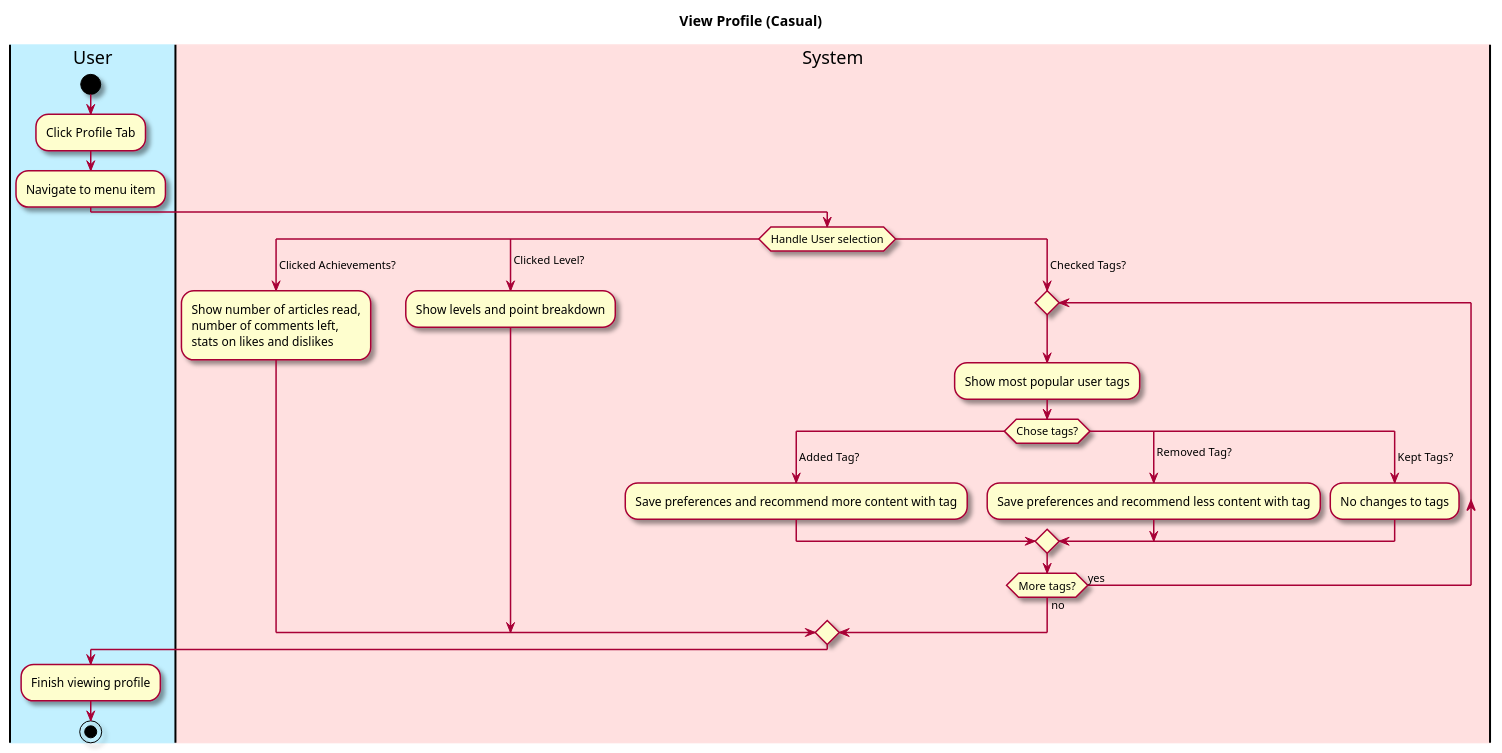
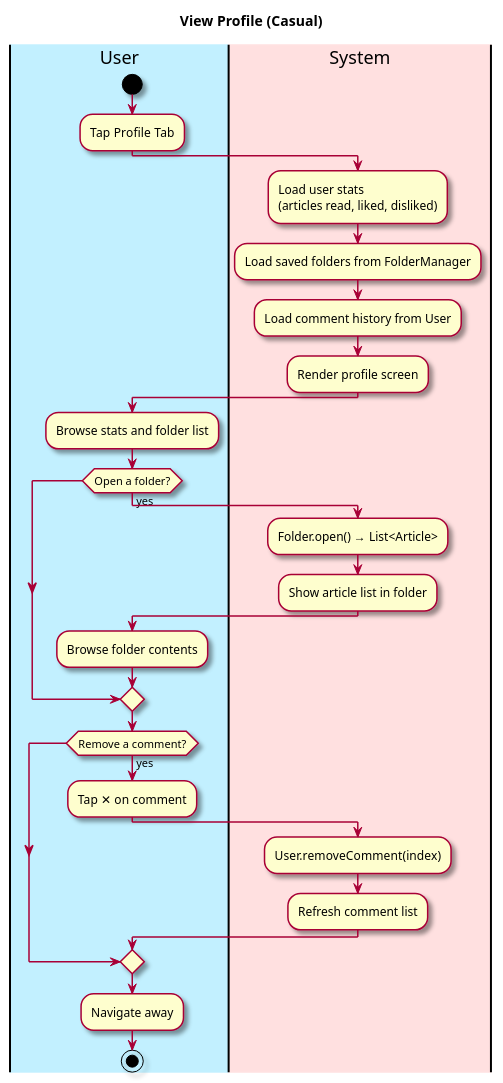
The first of 3 diagrams in intellij/doc/use-cases/view-profile.md (owhitleym-ui/EcoScoop), drawn with PlantUML before and after one commit. The commit also changed other lines of this file and 12 other files, not shown here.

Commit message:
Updated documentation, class diagram, use cases, and readme

````diff
--- a/intellij/doc/use-cases/view-profile.md
+++ b/intellij/doc/use-cases/view-profile.md
@@ -22,54 +18,43 @@
 ```plantuml
 @startuml
-
 skin rose
 
 title View Profile (Casual)
 
-'define the lanes
 |#application|User|
 |#implementation|System|
 
 |User|
 start
-:Click Profile Tab;
-:Navigate to menu item;
+:Tap Profile Tab;
+
 |System|
-switch (Handle User selection)
-case ( Clicked Achievements?)
-    |System|
-    :Show number of articles read, 
-    number of comments left, 
-    stats on likes and dislikes;
-
-case ( Clicked Level?)
-    |System|
-    :Show levels and point breakdown;
-
-case ( Checked Tags?)
-    repeat
-    :Show most popular user tags;
-    |System|
-    switch (Chose tags?)
-    |System|
-    case ( Added Tag?)
-    |System|
-        :Save preferences and recommend more content with tag;
-    case ( Removed Tag?)
-    |System|
-        :Save preferences and recommend less content with tag;
-    case ( Kept Tags?)
-    |System|
-        :No changes to tags;
-    endswitch
-    repeat while (More tags?) is (yes) not (no)
-endswitch
-
-
+:Load user stats\n(articles read, liked, disliked);
+:Load saved folders from FolderManager;
+:Load comment history from User;
+:Render profile screen;
 
 |User|
-:Finish viewing profile;
+:Browse stats and folder list;
 
+if (Open a folder?) then (yes)
+  |System|
+  :Folder.open() → List<Article>;
+  :Show article list in folder;
+  |User|
+  :Browse folder contents;
+endif
+
+if (Remove a comment?) then (yes)
+  |User|
+  :Tap ✕ on comment;
+  |System|
+  :User.removeComment(index);
+  :Refresh comment list;
+endif
+
+|User|
+:Navigate away;
 stop
 @enduml
 ```
````
